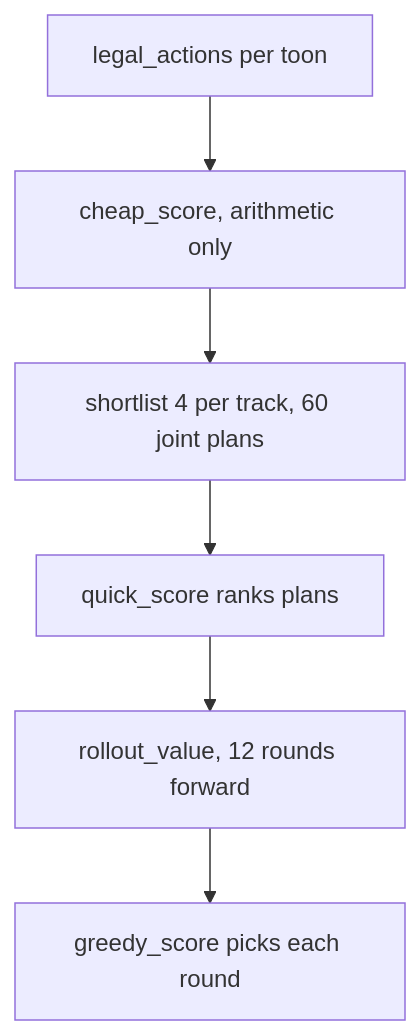
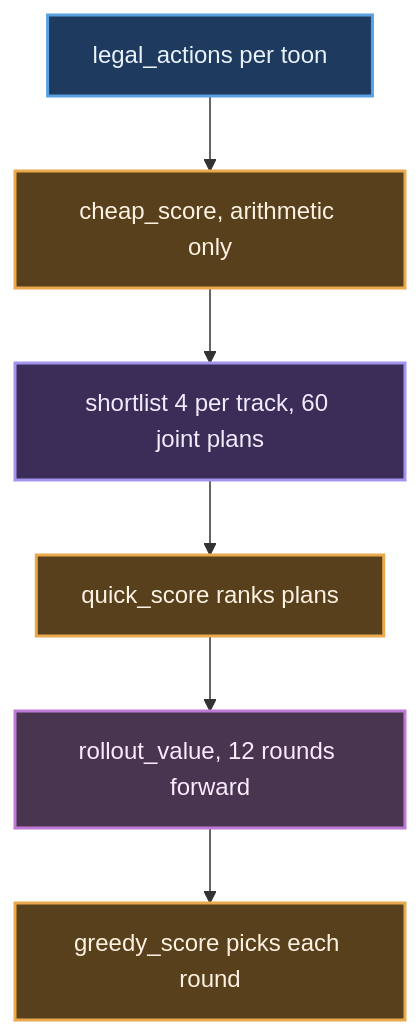
The fourth of 7 diagrams in README.md (Angle-Brackets/TTRSolver), drawn with Mermaid before and after one commit. The commit also changed other lines of this file, not shown here.

First line of the commit message:
README: current architecture, consumables, and coloured diagrams

````diff
--- a/README.md
+++ b/README.md
@@ -263,8 +369,19 @@
 ```mermaid
 flowchart TD
     L[legal_actions per toon] --> C[cheap_score, arithmetic only]
     C --> S[shortlist 4 per track, 60 joint plans]
     S --> Q[quick_score ranks plans]
     Q --> R[rollout_value, 12 rounds forward]
     R --> G[greedy_score picks each round]
+
+    classDef pos fill:#1e3a5f,stroke:#5aa0e0,stroke-width:2px,color:#eaf3fc
+    classDef search fill:#3b2d58,stroke:#a394ee,stroke-width:2px,color:#f1ecfd
+    classDef policy fill:#0e4a43,stroke:#33c4b2,stroke-width:2px,color:#e4fbf8
+    classDef score fill:#59401d,stroke:#eaa94d,stroke-width:2px,color:#fdf2e2
+    classDef result fill:#1d4a29,stroke:#4fc36d,stroke-width:2px,color:#e8faed
+    classDef chance fill:#4a3550,stroke:#c07ad6,stroke-width:2px,color:#f9ecfc
+    class L pos
+    class C,Q,G score
+    class S search
+    class R chance
 ```
````
